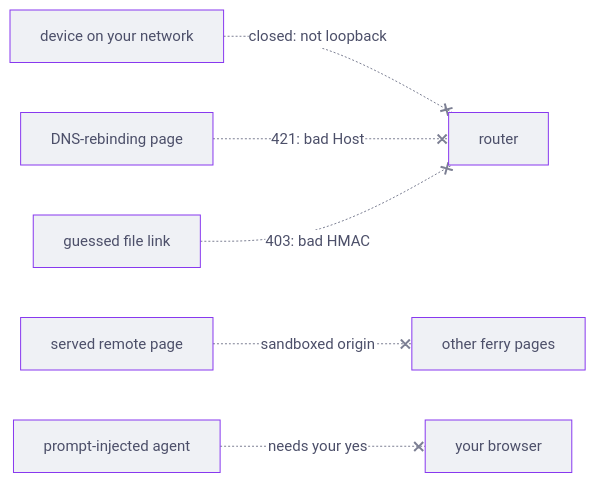
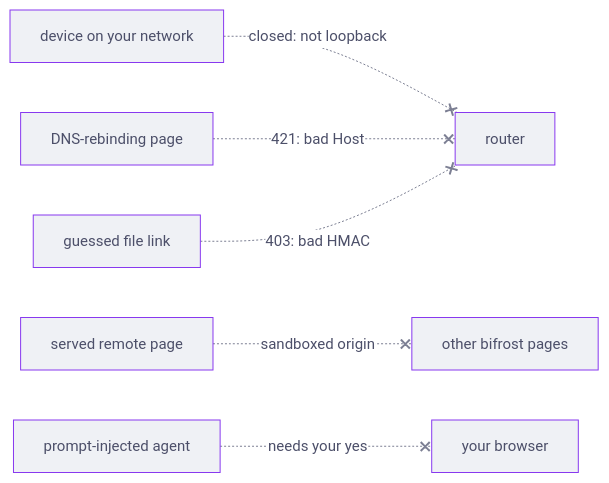
Before and after one commit to kujjwal02/bifrost: the sixth of 6 diagrams in docs/architecture.md, drawn with Mermaid. The commit also changed other lines of this file and 19 other files, not shown here.

First line of the commit message:
Rename ferry to bifrost (2.0.0)

````diff
--- a/docs/architecture.md
+++ b/docs/architecture.md
@@ -185,9 +185,9 @@
 ```mermaid
 %%{init: {"theme": "base", "themeVariables": {"fontFamily": "ui-sans-serif, system-ui, sans-serif", "fontSize": "15px", "primaryColor": "#eff1f5", "primaryBorderColor": "#8839ef", "primaryTextColor": "#4c4f69", "lineColor": "#7c7f93", "secondaryColor": "#e6e9ef", "tertiaryColor": "#f5f5fa", "edgeLabelBackground": "#ffffff", "actorBkg": "#eff1f5", "actorBorder": "#8839ef", "actorTextColor": "#4c4f69", "signalColor": "#5c5f77", "signalTextColor": "#4c4f69", "sequenceNumberColor": "#ffffff", "labelBoxBkgColor": "#eff1f5"}}}%%
 flowchart LR
   lan["device on your network"] -. "closed: not loopback" .-x router["router"]
   rebind["DNS-rebinding page"] -. "421: bad Host" .-x router
   forged["guessed file link"] -. "403: bad HMAC" .-x router
-  page["served remote page"] -. "sandboxed origin" .-x other["other ferry pages"]
+  page["served remote page"] -. "sandboxed origin" .-x other["other bifrost pages"]
   agent["prompt-injected agent"] -. "needs your yes" .-x browser["your browser"]
 ```
````
